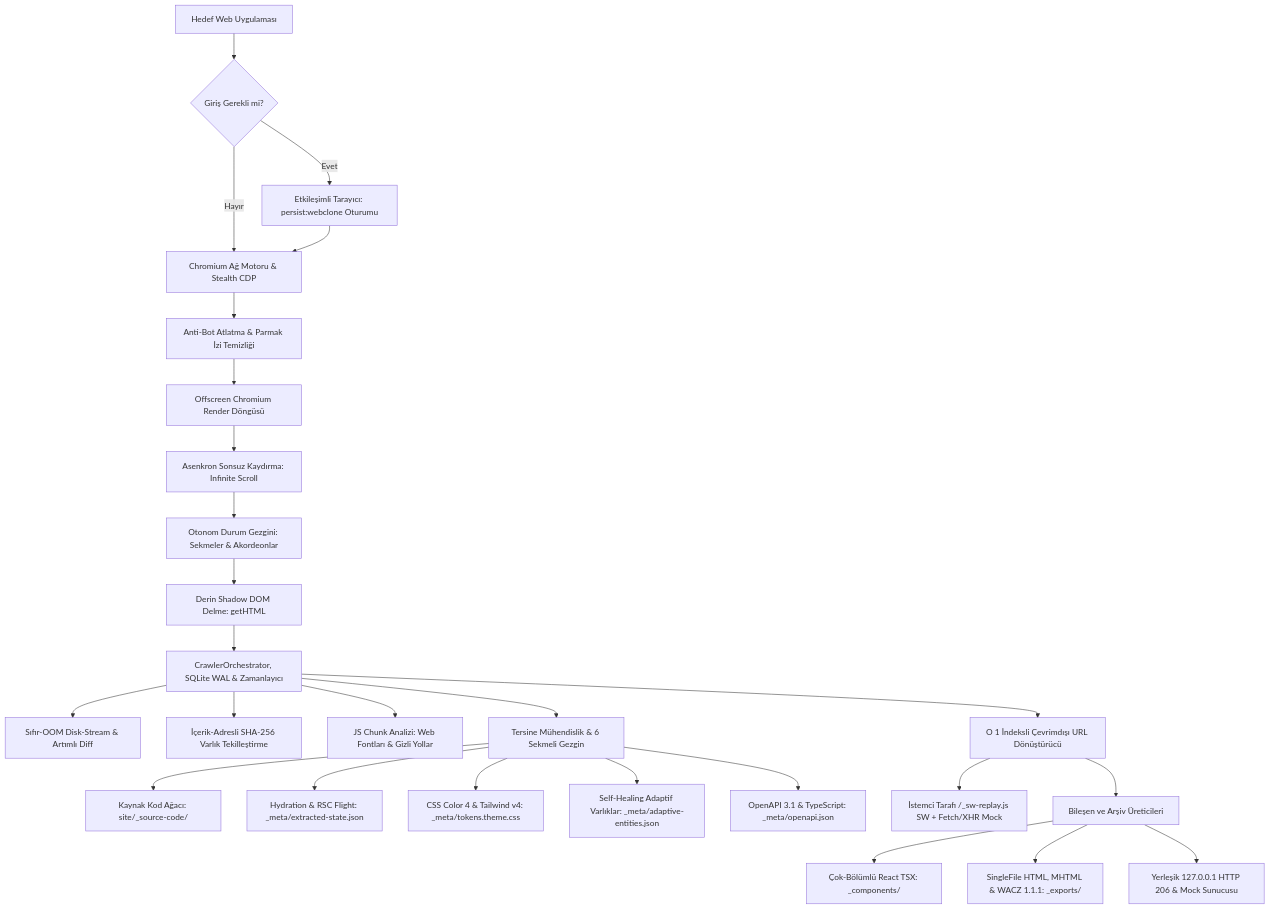
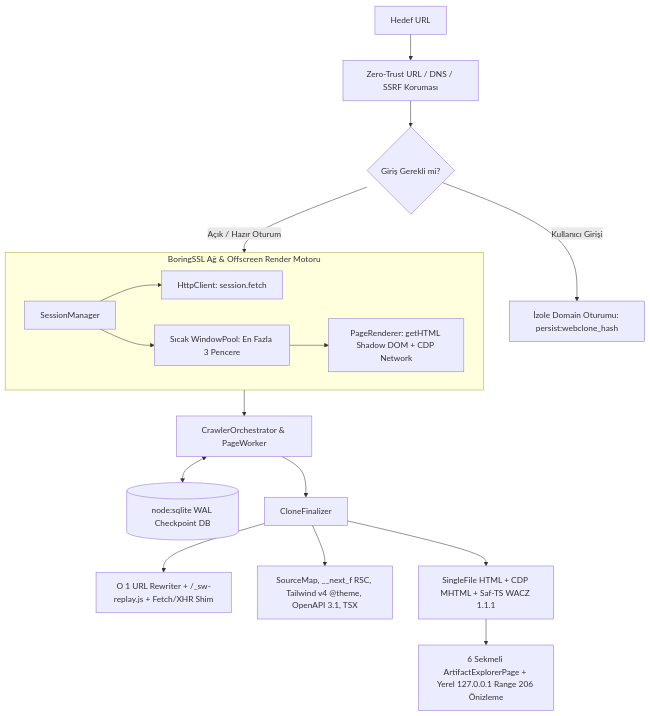
The second of 2 diagrams in README.md (MonarchDevLab/WebClone-Studio), drawn with Mermaid before and after one commit. The commit also changed other lines of this file and 13 other files, not shown here.

````diff
--- a/README.md
+++ b/README.md
@@ -347,34 +241,23 @@
 ```mermaid
 flowchart TD
-    Hedef[Hedef Web Uygulaması] --> AuthKontrol{Giriş Gerekli mi?}
-    AuthKontrol -- Evet --> AuthPencere[Etkileşimli Tarayıcı: persist:webclone Oturumu]
-    AuthKontrol -- Hayır --> AgMotoru[Chromium Ağ Motoru & Stealth CDP]
-    AuthPencere --> AgMotoru
+    Hedef[Hedef URL] --> UrlGuard[Zero-Trust URL / DNS / SSRF Koruması]
+    UrlGuard --> Giris{Giriş Gerekli mi?}
+    Giris -- Kullanıcı Girişi --> AuthWin[İzole Domain Oturumu: persist:webclone_hash]
+    Giris -- Açık / Hazır Oturum --> Tasima
 
-    AgMotoru --> Atlatma[Anti-Bot Atlatma & Parmak İzi Temizliği]
-    Atlatma --> RenderMotoru[Offscreen Chromium Render Döngüsü]
-    RenderMotoru --> OtoKaydirma[Asenkron Sonsuz Kaydırma: Infinite Scroll]
-    OtoKaydirma --> DurumGezgini[Otonom Durum Gezgini: Sekmeler & Akordeonlar]
-    DurumGezgini --> ShadowDelme[Derin Shadow DOM Delme: getHTML]
-    
-    ShadowDelme --> Cekirdek[CrawlerOrchestrator, SQLite WAL & Zamanlayıcı]
-    
-    Cekirdek --> DiskAkisi[Sıfır-OOM Disk-Stream & Artımlı Diff]
-    Cekirdek --> Tekillestirme[İçerik-Adresli SHA-256 Varlık Tekilleştirme]
-    Cekirdek --> Obfuscation[JS Chunk Analizi: Web Fontları & Gizli Yollar]
-    
-    Cekirdek --> Lab[Tersine Mühendislik & 6 Sekmeli Gezgin]
-    Lab --> SourceMap[Kaynak Kod Ağacı: site/_source-code/]
-    Lab --> Hydration[Hydration & RSC Flight: _meta/extracted-state.json]
-    Lab --> Tokens[CSS Color 4 & Tailwind v4: _meta/tokens.theme.css]
-    Lab --> AdaptifVarlik[Self-Healing Adaptif Varlıklar: _meta/adaptive-entities.json]
-    Lab --> ApiSozlesme[OpenAPI 3.1 & TypeScript: _meta/openapi.json]
-    
-    Cekirdek --> Rewriter[O 1 İndeksli Çevrimdışı URL Dönüştürücü]
-    Rewriter --> FetchMock[İstemci Tarafı /_sw-replay.js SW + Fetch/XHR Mock]
-    
-    Rewriter --> Ureticiler[Bileşen ve Arşiv Üreticileri]
-    Ureticiler --> ReactBilesen[Çok-Bölümlü React TSX: _components/]
-    Ureticiler --> TekDosya[SingleFile HTML, MHTML & WACZ 1.1.1: _exports/]
-    Ureticiler --> Onizleme[Yerleşik 127.0.0.1 HTTP 206 & Mock Sunucusu]
+    subgraph Tasima["BoringSSL Ağ & Offscreen Render Motoru"]
+      SessionMgr[SessionManager] --> HttpClient[HttpClient: session.fetch]
+      SessionMgr --> WindowPool[Sıcak WindowPool: En Fazla 3 Pencere]
+      WindowPool --> PageRenderer[PageRenderer: getHTML Shadow DOM + CDP Network]
+    end
+
+    Tasima --> Orchestrator[CrawlerOrchestrator & PageWorker]
+    Orchestrator <--> SQLite[(node:sqlite WAL Checkpoint DB)]
+    Orchestrator --> Finalizer[CloneFinalizer]
+
+    Finalizer --> Rewriter[O 1 URL Rewriter + /_sw-replay.js + Fetch/XHR Shim]
+    Finalizer --> RevEng[SourceMap, __next_f RSC, Tailwind v4 @theme, OpenAPI 3.1, TSX]
+    Finalizer --> Exports[SingleFile HTML + CDP MHTML + Saf-TS WACZ 1.1.1]
+
+    Exports --> Explorer[6 Sekmeli ArtifactExplorerPage + Yerel 127.0.0.1 Range 206 Önizleme]
 ```
````
